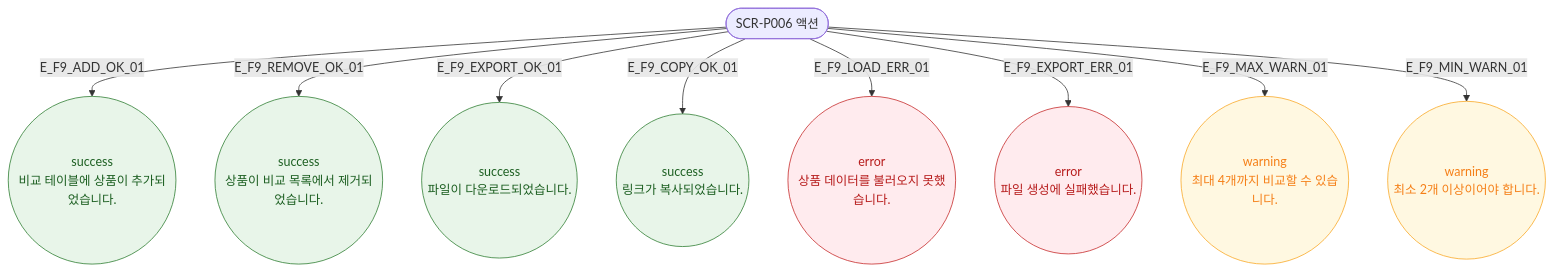
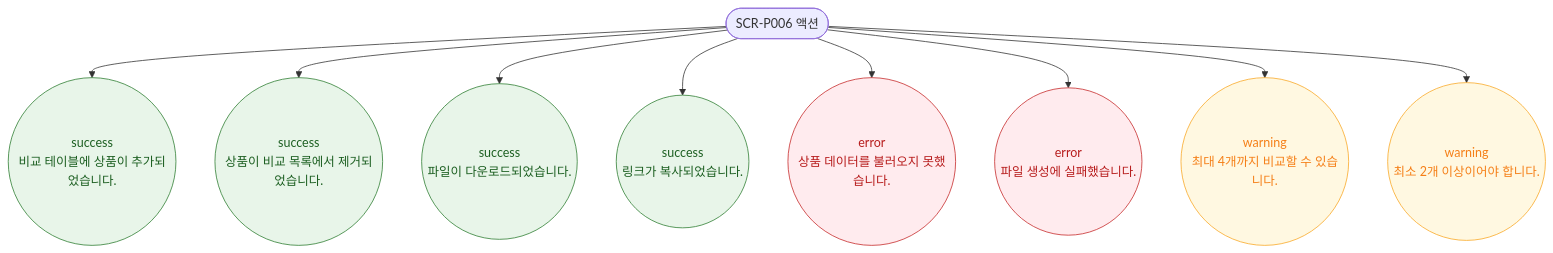
One commit to dev-spogym/admin-pando changed the diagram in docs/다이어그램/D05_상품관리/SCR-P006_상품비교/F9_토스트피드백.md. Above: the diagram before and after it, drawn with Mermaid. The commit also changed other lines of this file and 1660 other files, not shown here.

First line of the commit message:
다이어그램: 기획자/클라이언트 납품본으로 정리

````diff
--- a/docs/다이어그램/D05_상품관리/SCR-P006_상품비교/F9_토스트피드백.md
+++ b/docs/다이어그램/D05_상품관리/SCR-P006_상품비교/F9_토스트피드백.md
@@ -16,20 +14,20 @@
 ```mermaid
 flowchart TD
     TRIGGER([SCR-P006 액션])
 
-    TRIGGER -->|E_F9_ADD_OK_01| T_ADD((success\n비교 테이블에 상품이 추가되었습니다.))
-    TRIGGER -->|E_F9_REMOVE_OK_01| T_REMOVE((success\n상품이 비교 목록에서 제거되었습니다.))
-    TRIGGER -->|E_F9_EXPORT_OK_01| T_EXPORT((success\n파일이 다운로드되었습니다.))
-    TRIGGER -->|E_F9_COPY_OK_01| T_COPY((success\n링크가 복사되었습니다.))
-    TRIGGER -->|E_F9_LOAD_ERR_01| T_LOAD_ERR((error\n상품 데이터를 불러오지 못했습니다.))
-    TRIGGER -->|E_F9_EXPORT_ERR_01| T_EXPORT_ERR((error\n파일 생성에 실패했습니다.))
-    TRIGGER -->|E_F9_MAX_WARN_01| T_MAX_WARN((warning\n최대 4개까지 비교할 수 있습니다.))
-    TRIGGER -->|E_F9_MIN_WARN_01| T_MIN_WARN((warning\n최소 2개 이상이어야 합니다.))
+    TRIGGER --> T_ADD((success\n비교 테이블에 상품이 추가되었습니다.))
+    TRIGGER --> T_REMOVE((success\n상품이 비교 목록에서 제거되었습니다.))
+    TRIGGER --> T_EXPORT((success\n파일이 다운로드되었습니다.))
+    TRIGGER --> T_COPY((success\n링크가 복사되었습니다.))
+    TRIGGER --> T_LOAD_ERR((error\n상품 데이터를 불러오지 못했습니다.))
+    TRIGGER --> T_EXPORT_ERR((error\n파일 생성에 실패했습니다.))
+    TRIGGER --> T_MAX_WARN((warning\n최대 4개까지 비교할 수 있습니다.))
+    TRIGGER --> T_MIN_WARN((warning\n최소 2개 이상이어야 합니다.))
 
     classDef success fill:#E8F5E9,stroke:#2E7D32,color:#1B5E20
     classDef error fill:#FFEBEE,stroke:#C62828,color:#B71C1C
     classDef warning fill:#FFF8E1,stroke:#F9A825,color:#F57F17
     class T_ADD,T_REMOVE,T_EXPORT,T_COPY success
     class T_LOAD_ERR,T_EXPORT_ERR error
     class T_MAX_WARN,T_MIN_WARN warning
 ```
````
